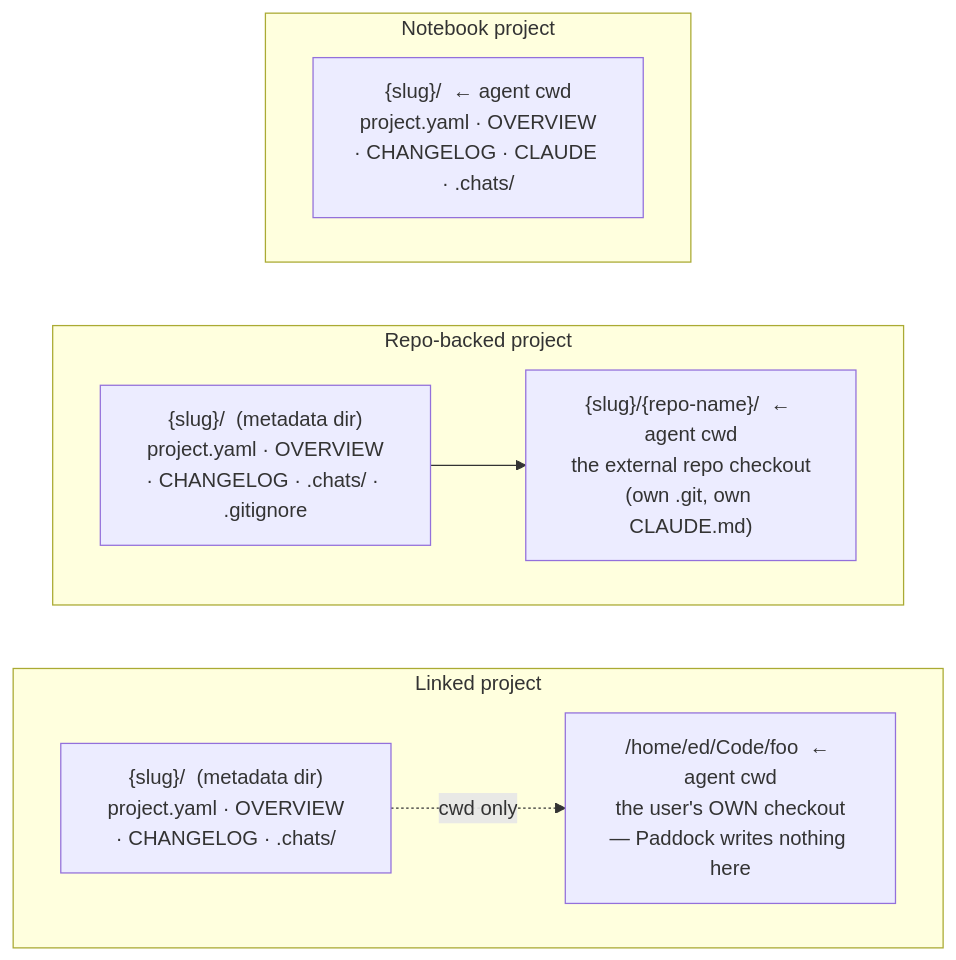
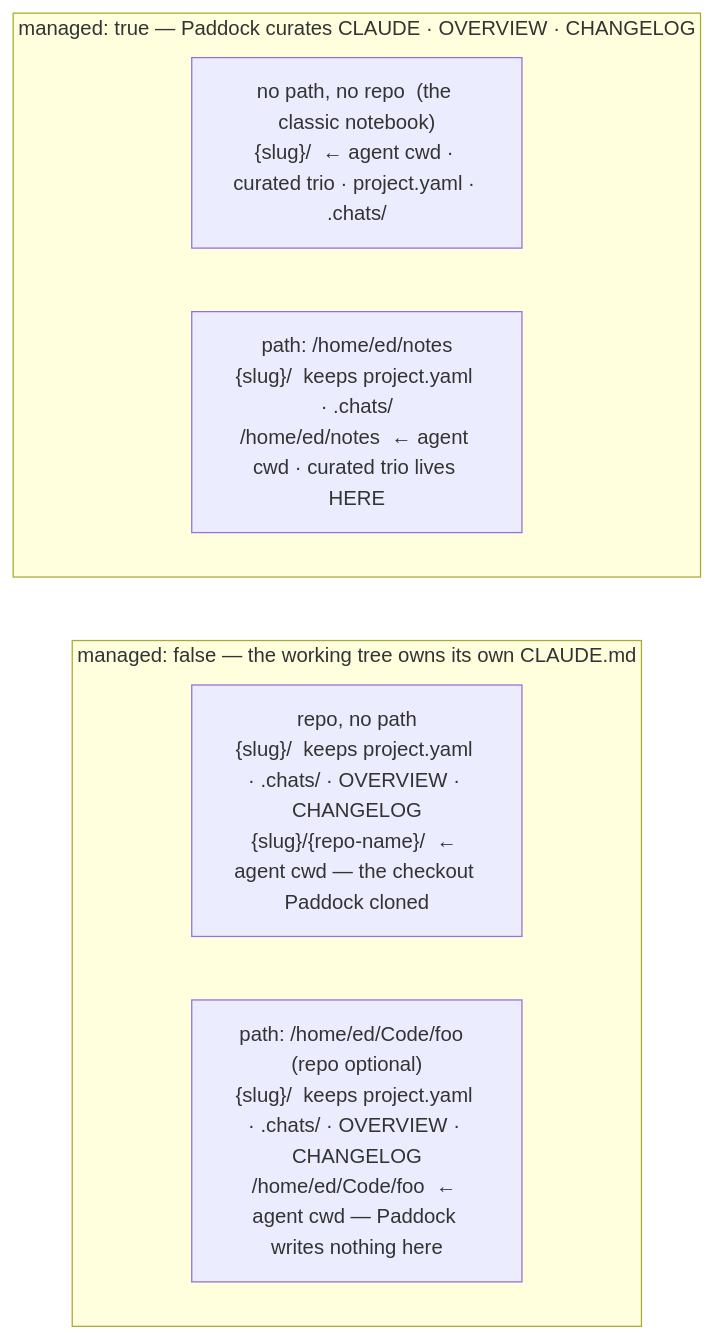
One commit to edspencer/paddock changed the diagram in website/src/content/docs/concepts/projects.md. Above: the diagram before and after it, drawn with Mermaid. The commit also changed other lines of this file and 29 other files, not shown here.

First line of the commit message:
refactor(server,web)!: managed/unmanaged replaces repoBacked; path on both axes (#206, #597)

````diff
--- a/website/src/content/docs/concepts/projects.md
+++ b/website/src/content/docs/concepts/projects.md
@@ -185,20 +260,15 @@
 ```mermaid
 flowchart TB
-  subgraph Notebook["Notebook project"]
-    N["{slug}/  ← agent cwd\n project.yaml · OVERVIEW · CHANGELOG · CLAUDE · .chats/"]
+  subgraph Managed["managed: true — Paddock curates CLAUDE · OVERVIEW · CHANGELOG"]
+    M1["no path, no repo  (the classic notebook)\n{slug}/  ← agent cwd · curated trio · project.yaml · .chats/"]
+    M2["path: /home/ed/notes\n{slug}/  keeps project.yaml · .chats/\n/home/ed/notes  ← agent cwd · curated trio lives HERE"]
   end
-  subgraph Repo["Repo-backed project"]
-    D["{slug}/  (metadata dir)\n project.yaml · OVERVIEW · CHANGELOG · .chats/ · .gitignore"]
-    Ck["{slug}/{repo-name}/  ← agent cwd\n the external repo checkout (own .git, own CLAUDE.md)"]
-    D --> Ck
+  subgraph Unmanaged["managed: false — the working tree owns its own CLAUDE.md"]
+    U1["repo, no path\n{slug}/  keeps project.yaml · .chats/ · OVERVIEW · CHANGELOG\n{slug}/{repo-name}/  ← agent cwd — the checkout Paddock cloned"]
+    U2["path: /home/ed/Code/foo  (repo optional)\n{slug}/  keeps project.yaml · .chats/ · OVERVIEW · CHANGELOG\n/home/ed/Code/foo  ← agent cwd — Paddock writes nothing here"]
   end
-  subgraph Linked["Linked project"]
-    LD["{slug}/  (metadata dir)\n project.yaml · OVERVIEW · CHANGELOG · .chats/"]
-    LC["/home/ed/Code/foo  ← agent cwd\n the user's OWN checkout — Paddock writes nothing here"]
-    LD -. "cwd only" .-> LC
-  end
-  %% The project shapes are unconnected, so mermaid ranks them side by side
-  %% (1071px, scaled 1.6x down). `~~~` is an invisible link that stacks them
-  %% vertically without drawing an edge — 686px, i.e. 1:1 in the column.
-  Notebook ~~~ Repo ~~~ Linked
+  %% Rows = axis 1 (managed), cells within a row = axis 2 (location). The cells
+  %% are unconnected, so mermaid ranks them side by side within each subgraph;
+  %% `~~~` is an invisible link that stacks the two rows without drawing an edge.
+  Managed ~~~ Unmanaged
 ```
````
